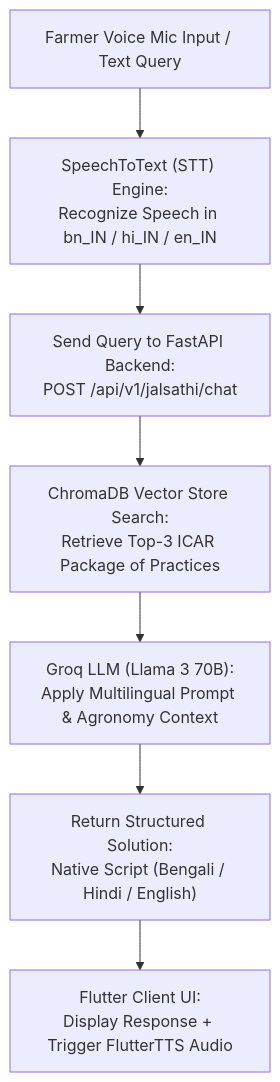
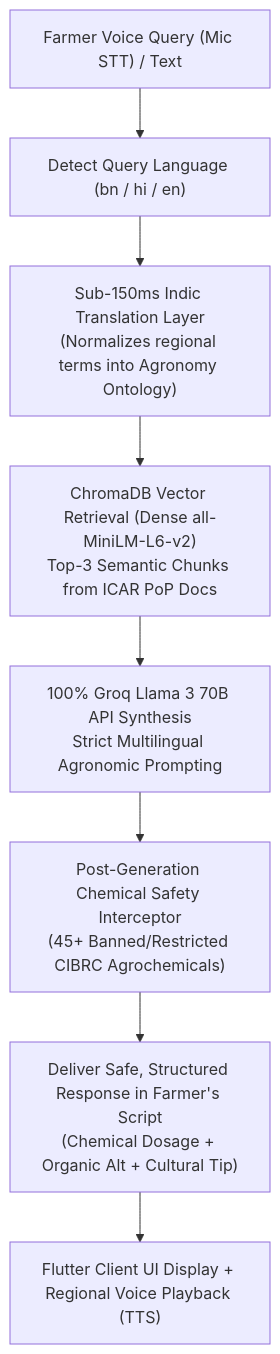
The third of 4 diagrams in MASTER_PROJECT_DOCUMENTATION.md (arpanpramanik2003/JalDrishti-AI), drawn with Mermaid before and after one commit. The commit also changed other lines of this file, not shown here.

Commit message:
docs: add contributor profiles and refine technical documentation for JalDrishti architecture and features

````diff
--- a/MASTER_PROJECT_DOCUMENTATION.md
+++ b/MASTER_PROJECT_DOCUMENTATION.md
@@ -332,9 +317,10 @@
 ```mermaid
 graph TD
-    A["Farmer Voice Mic Input / Text Query"] --> B["SpeechToText (STT) Engine:<br/>Recognize Speech in bn_IN / hi_IN / en_IN"]
-    B --> C["Send Query to FastAPI Backend:<br/>POST /api/v1/jalsathi/chat"]
-    C --> D["ChromaDB Vector Store Search:<br/>Retrieve Top-3 ICAR Package of Practices"]
-    D --> E["Groq LLM (Llama 3 70B):<br/>Apply Multilingual Prompt & Agronomy Context"]
-    E --> F["Return Structured Solution:<br/>Native Script (Bengali / Hindi / English)"]
-    F --> G["Flutter Client UI:<br/>Display Response + Trigger FlutterTTS Audio"]
+    A["Farmer Voice Query (Mic STT) / Text"] --> B["Detect Query Language (bn / hi / en)"]
+    B --> C["Sub-150ms Indic Translation Layer<br/>(Normalizes regional terms into Agronomy Ontology)"]
+    C --> D["ChromaDB Vector Retrieval (Dense all-MiniLM-L6-v2)<br/>Top-3 Semantic Chunks from ICAR PoP Docs"]
+    D --> E["100% Groq Llama 3 70B API Synthesis<br/>Strict Multilingual Agronomic Prompting"]
+    E --> F["Post-Generation Chemical Safety Interceptor<br/>(45+ Banned/Restricted CIBRC Agrochemicals)"]
+    F --> G["Deliver Safe, Structured Response in Farmer's Script<br/>(Chemical Dosage + Organic Alt + Cultural Tip)"]
+    G --> H["Flutter Client UI Display + Regional Voice Playback (TTS)"]
 ```
````
